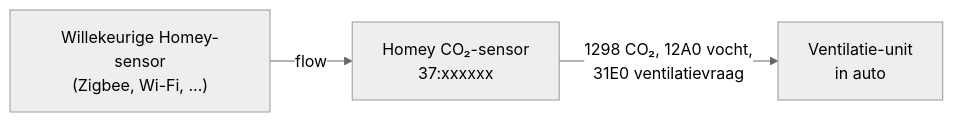
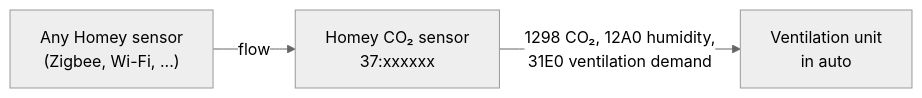
The diagram in docs/homey-co2-sensor.md (starredev/homey-ramses-esp), drawn with Mermaid (neutral theme) before and after one commit. The commit also changed other lines of this file and 29 other files, not shown here.

First line of the commit message:
Homey CO2-sensor koppelt als Orcon CO2 15RF

````diff
--- a/docs/homey-co2-sensor.md
+++ b/docs/homey-co2-sensor.md
@@ -28,5 +29,5 @@
 ```mermaid
 flowchart LR
-    Z["Willekeurige Homey-sensor<br/>(Zigbee, Wi-Fi, ...)"] -- flow --> V["Homey CO₂-sensor<br/>37:xxxxxx"]
-    V -- "1298 CO₂, 12A0 vocht,<br/>31E0 ventilatievraag" --> U["Ventilatie-unit<br/>in auto"]
+    Z["Any Homey sensor<br/>(Zigbee, Wi-Fi, ...)"] -- flow --> V["Homey CO₂ sensor<br/>37:xxxxxx"]
+    V -- "1298 CO₂, 12A0 humidity,<br/>31E0 ventilation demand" --> U["Ventilation unit<br/>in auto"]
 ```
````
